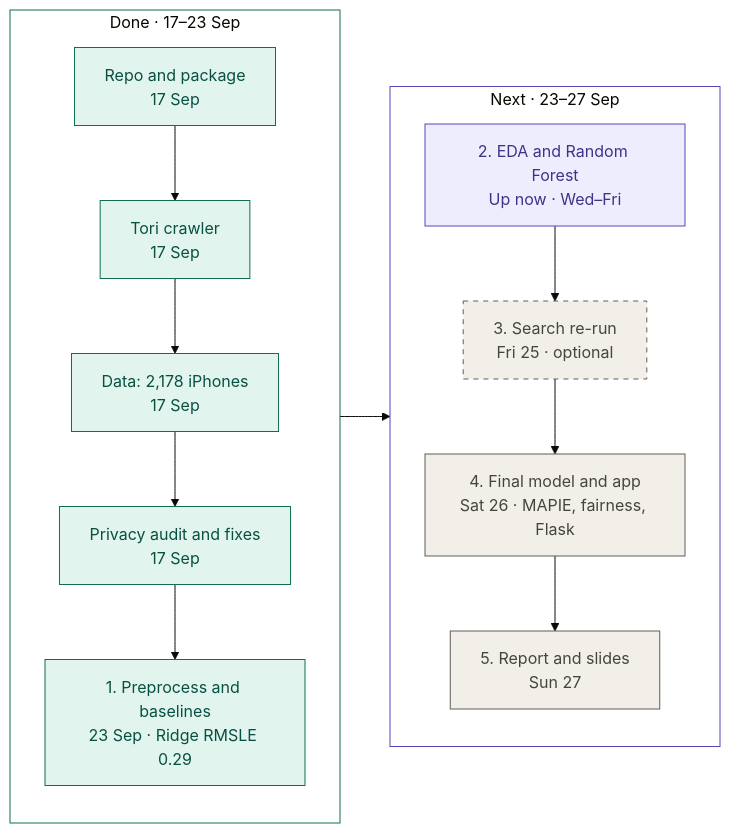
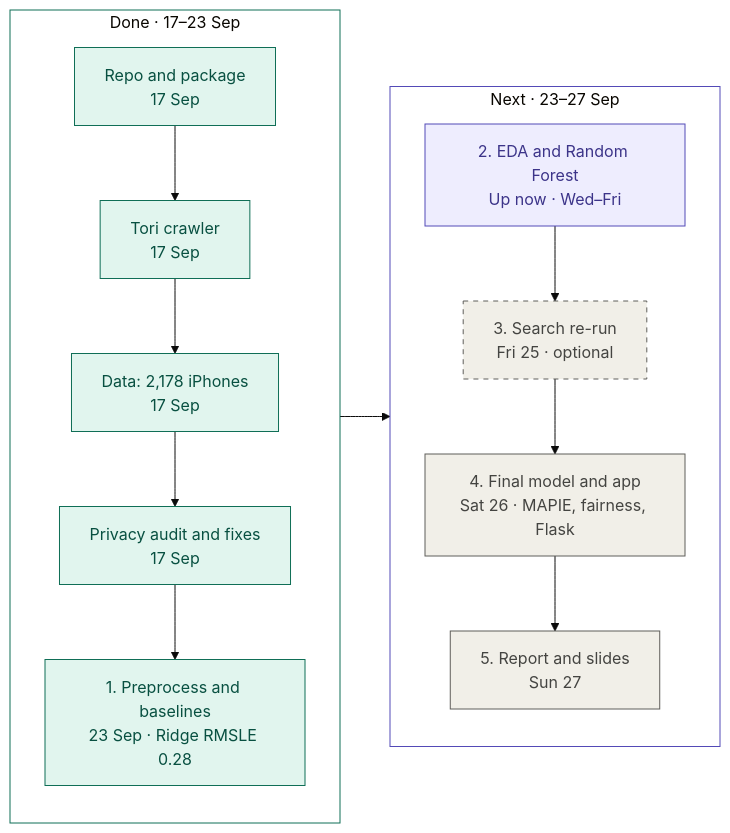
The first of 2 diagrams in README.md (HashirSalam/priced-right), drawn with Mermaid (base theme) before and after one commit. The commit also changed other lines of this file and 8 other files, not shown here.

````diff
--- a/README.md
+++ b/README.md
@@ -32,23 +32,23 @@
 ```mermaid
 flowchart LR
     subgraph done["Done · 17–23 Sep"]
         direction TB
-        a["Repo and package<br/>17 Sep"] --> b["Tori crawler<br/>17 Sep"] --> c["Data: 2,178 iPhones<br/>17 Sep"] --> d["Privacy audit and fixes<br/>17 Sep"] --> s1["1. Preprocess and baselines<br/>23 Sep · Ridge RMSLE 0.29"]
+        a["Repo and package<br/>17 Sep"] --> b["Tori crawler<br/>17 Sep"] --> c["Data: 2,178 iPhones<br/>17 Sep"] --> d["Privacy audit and fixes<br/>17 Sep"] --> s1["1. Preprocess and baselines<br/>23 Sep · Ridge RMSLE 0.28"]
     end
     subgraph next["Next · 23–27 Sep"]
         direction TB
         s2["2. EDA and Random Forest<br/>Up now · Wed–Fri"] --> s3["3. Search re-run<br/>Fri 25 · optional"] --> s4["4. Final model and app<br/>Sat 26 · MAPIE, fairness, Flask"] --> s5["5. Report and slides<br/>Sun 27"]
     end
     done --> next
 
     classDef done fill:#E1F5EE,stroke:#0F6E56,color:#085041
     classDef now fill:#EEEDFE,stroke:#534AB7,color:#3C3489
     classDef upcoming fill:#F1EFE8,stroke:#5F5E5A,color:#444441
     classDef optional fill:#F1EFE8,stroke:#5F5E5A,color:#444441,stroke-dasharray: 5 5
     class a,b,c,d,s1 done
     class s2 now
     class s4,s5 upcoming
     class s3 optional
     style done fill:none,stroke:#0F6E56
     style next fill:none,stroke:#534AB7
 ```
````
